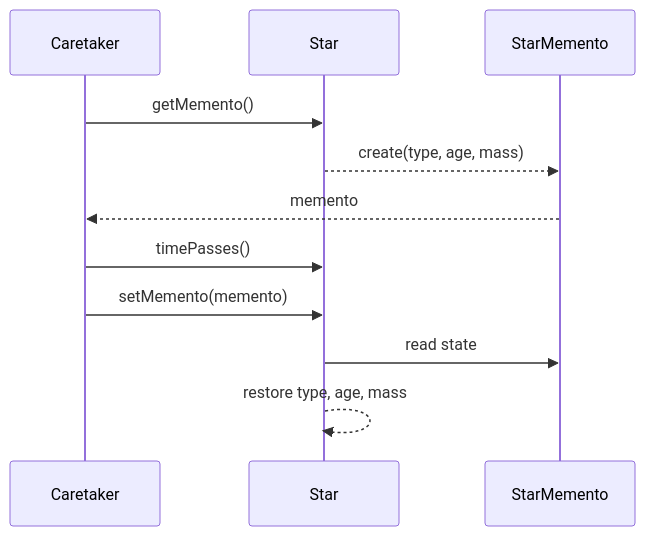
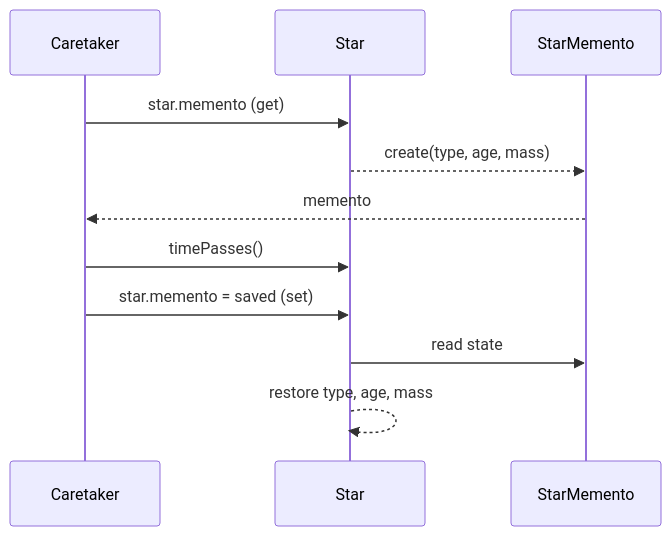
Before and after one commit to yonatankarp/kotlin-design-patterns: the first of 2 diagrams in memento/README.md, drawn with Mermaid. The commit also changed other lines of this file, not shown here.

Commit message:
Update README diagrams to reflect property-based memento API

````diff
--- a/memento/README.md
+++ b/memento/README.md
@@ -46,14 +46,14 @@
 ```mermaid
 sequenceDiagram
     participant Caretaker
     participant Star
     participant StarMemento
 
-    Caretaker->>Star: getMemento()
+    Caretaker->>Star: star.memento (get)
     Star-->>StarMemento: create(type, age, mass)
     StarMemento-->>Caretaker: memento
     Caretaker->>Star: timePasses()
-    Caretaker->>Star: setMemento(memento)
+    Caretaker->>Star: star.memento = saved (set)
     Star->>StarMemento: read state
     Star-->>Star: restore type, age, mass
 ```
````
